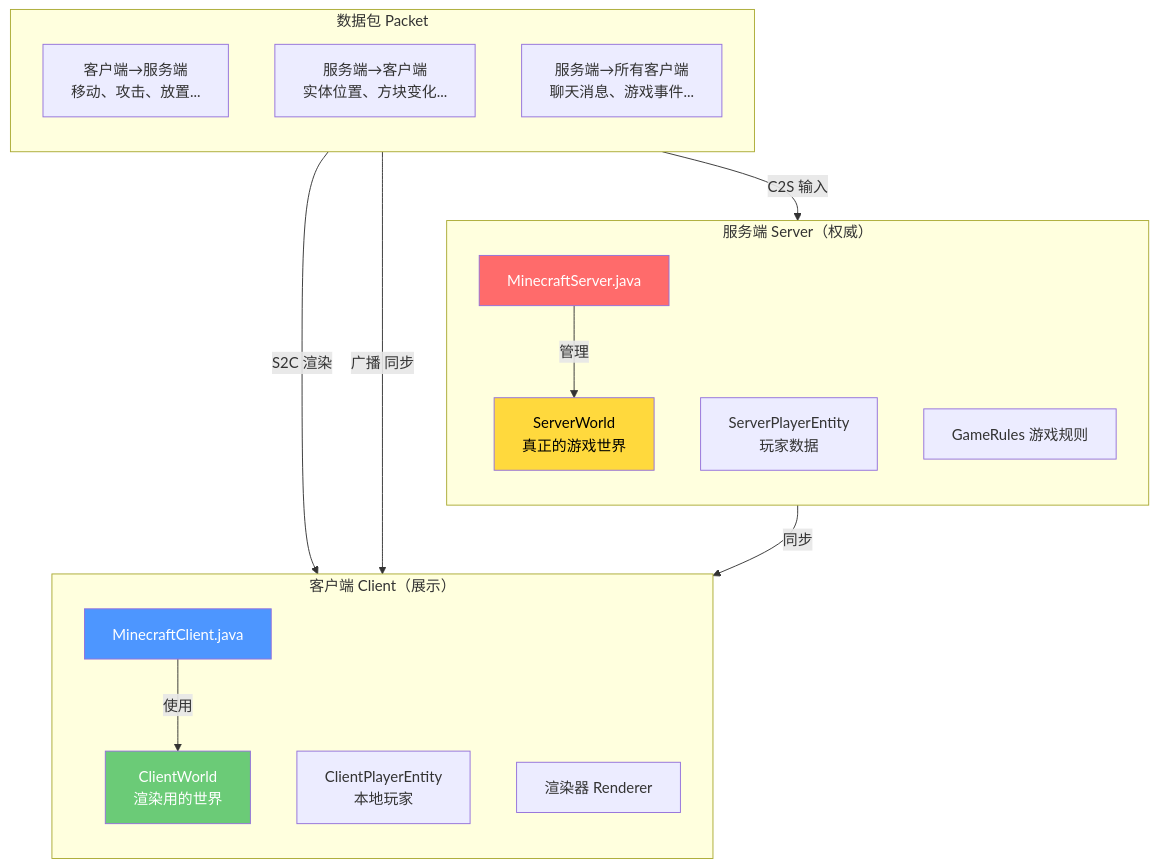
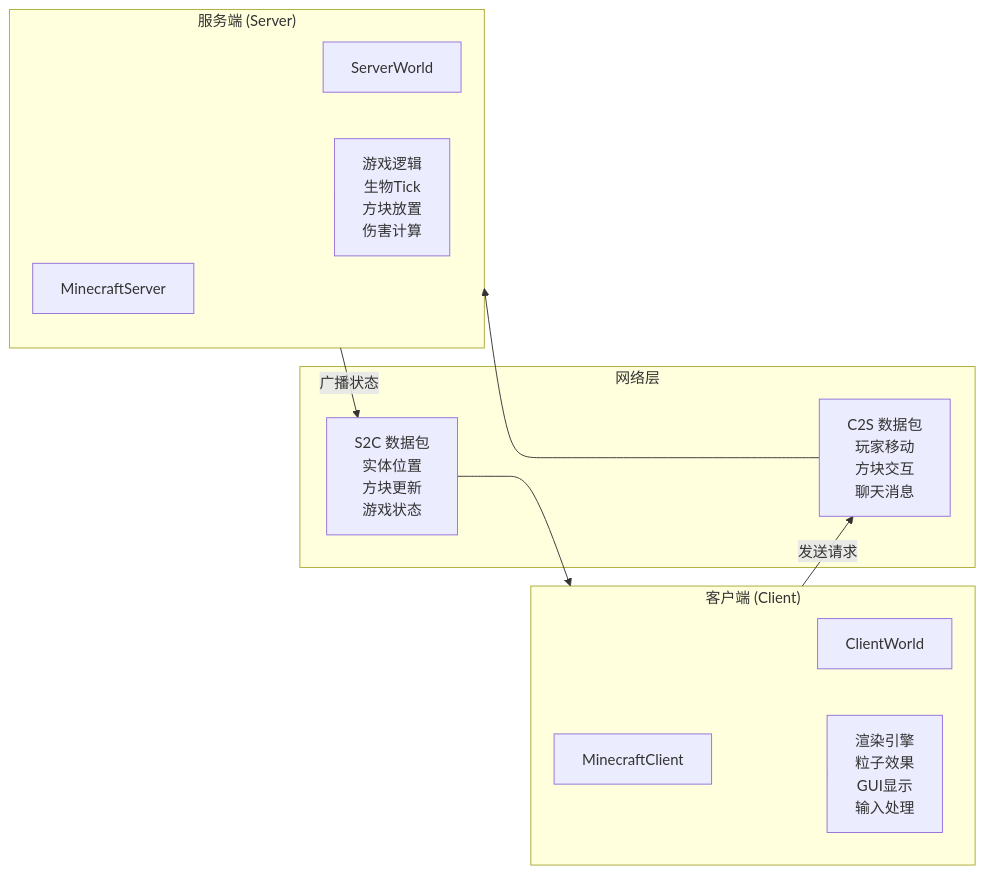
The first of 5 diagrams in content/mc/1.21/core/-/tutorials/Part-1-Foundation/05-client-server-arch.md (BaiGave/Minecraft-Learning), drawn with Mermaid before and after one commit. The commit also changed other lines of this file and 395 other files, not shown here.

````diff
--- a/content/mc/1.21/core/-/tutorials/Part-1-Foundation/05-client-server-arch.md
+++ b/content/mc/1.21/core/-/tutorials/Part-1-Foundation/05-client-server-arch.md
@@ -66,37 +41,27 @@
 ```mermaid
-flowchart TB
-    subgraph 服务端["服务端 Server（权威）"]
-        direction TB
-        SS["MinecraftServer.java"]
-        SW["ServerWorld<br/>真正的游戏世界"]
-        SM["ServerPlayerEntity<br/>玩家数据"]
-        SG["GameRules 游戏规则"]
+flowchart LR
+    subgraph Server["服务端 (Server)"]
+        MS["MinecraftServer"]
+        SW["ServerWorld"]
+        GM["游戏逻辑<br/>生物Tick<br/>方块放置<br/>伤害计算"]
     end
     
-    subgraph 客户端["客户端 Client（展示）"]
-        direction TB
-        CM["MinecraftClient.java"]
-        CW["ClientWorld<br/>渲染用的世界"]
-        CP["ClientPlayerEntity<br/>本地玩家"]
-        CR["渲染器 Renderer"]
+    subgraph Client["客户端 (Client)"]
+        MC["MinecraftClient"]
+        CW["ClientWorld"]
+        RD["渲染引擎<br/>粒子效果<br/>GUI显示<br/>输入处理"]
     end
     
-    subgraph 网络层["数据包 Packet"]
-        direction TB
-        P1["客户端→服务端<br/>移动、攻击、放置..."]
-        P2["服务端→客户端<br/>实体位置、方块变化..."]
-        P3["服务端→所有客户端<br/>聊天消息、游戏事件..."]
+    subgraph Network["网络层"]
+        C2S["C2S 数据包<br/>玩家移动<br/>方块交互<br/>聊天消息"]
+        S2C["S2C 数据包<br/>实体位置<br/>方块更新<br/>游戏状态"]
     end
     
-    SS -->|"管理"| SW
-    CM -->|"使用"| CW
-    SW -->|"同步"| CW
-    P1 -->|"C2S 输入"| SS
-    P2 -->|"S2C 渲染"| CW
-    P3 -->|"广播 同步"| CW
+    Client --> |"发送请求"| C2S
+    C2S --> Server
+    Server --> |"广播状态"| S2C
+    S2C --> Client
     
-    style SS fill:#ff6b6b,color:#fff
-    style CM fill:#4d96ff,color:#fff
-    style SW fill:#ffd93d,color:#000
-    style CW fill:#6bcb77,color:#fff
+    Server --> GM
+    Client --> RD
 ```
````
